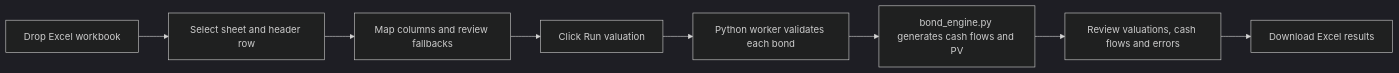
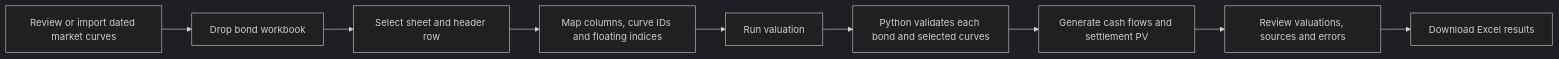
The diagram in README.md (alarabuyukates-pixel/ValuationEngine), drawn with Mermaid (dark theme) before and after one commit. The commit also changed other lines of this file and 13 other files, not shown here.

Commit message:
Add dated market curves, EURIBOR index definitions, and zero-coupon bonds

````diff
--- a/README.md
+++ b/README.md
@@ -24,10 +26,11 @@
 ```mermaid
 flowchart LR
-    A[Drop Excel workbook] --> B[Select sheet and header row]
-    B --> C[Map columns and review fallbacks]
-    C --> D[Click Run valuation]
-    D --> E[Python worker validates each bond]
-    E --> F[bond_engine.py generates cash flows and PV]
-    F --> G[Review valuations, cash flows and errors]
-    G --> H[Download Excel results]
+    A[Review or import dated market curves] --> B[Drop bond workbook]
+    B --> C[Select sheet and header row]
+    C --> D[Map columns, curve IDs and floating indices]
+    D --> E[Run valuation]
+    E --> F[Python validates each bond and selected curves]
+    F --> G[Generate cash flows and settlement PV]
+    G --> H[Review valuations, sources and errors]
+    H --> I[Download Excel results]
 ```
````
